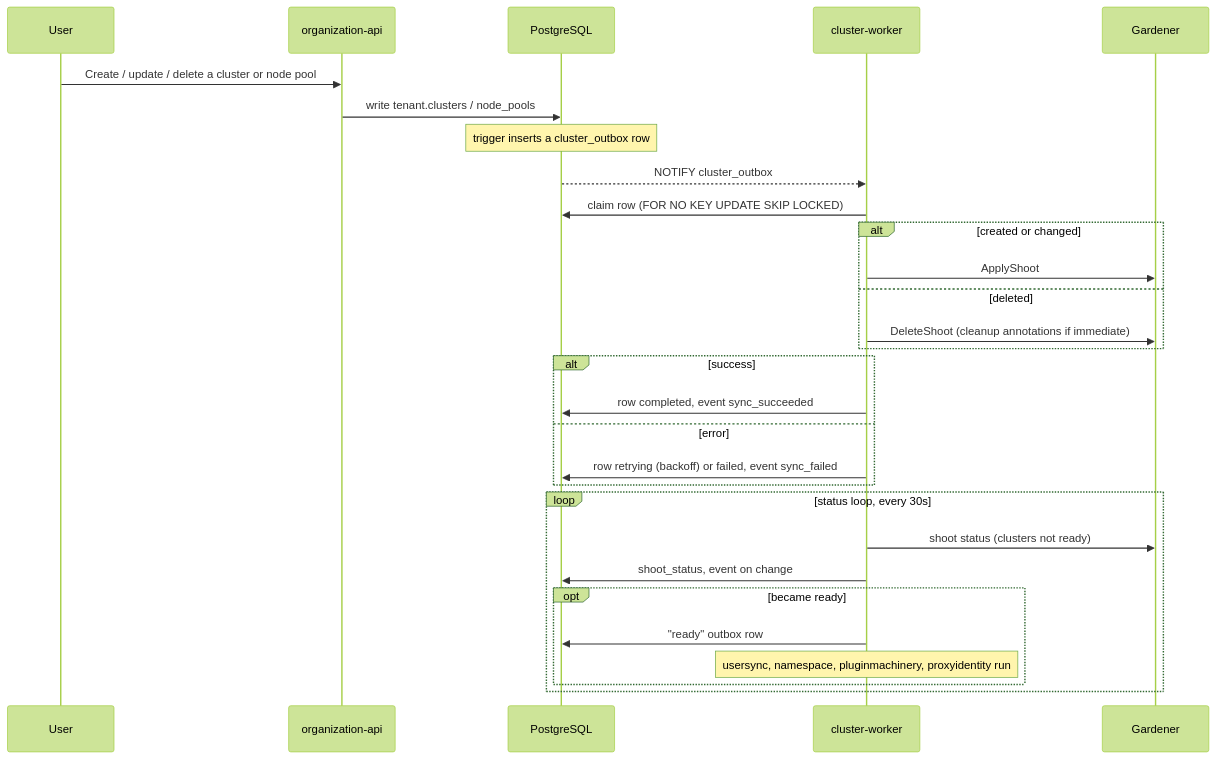
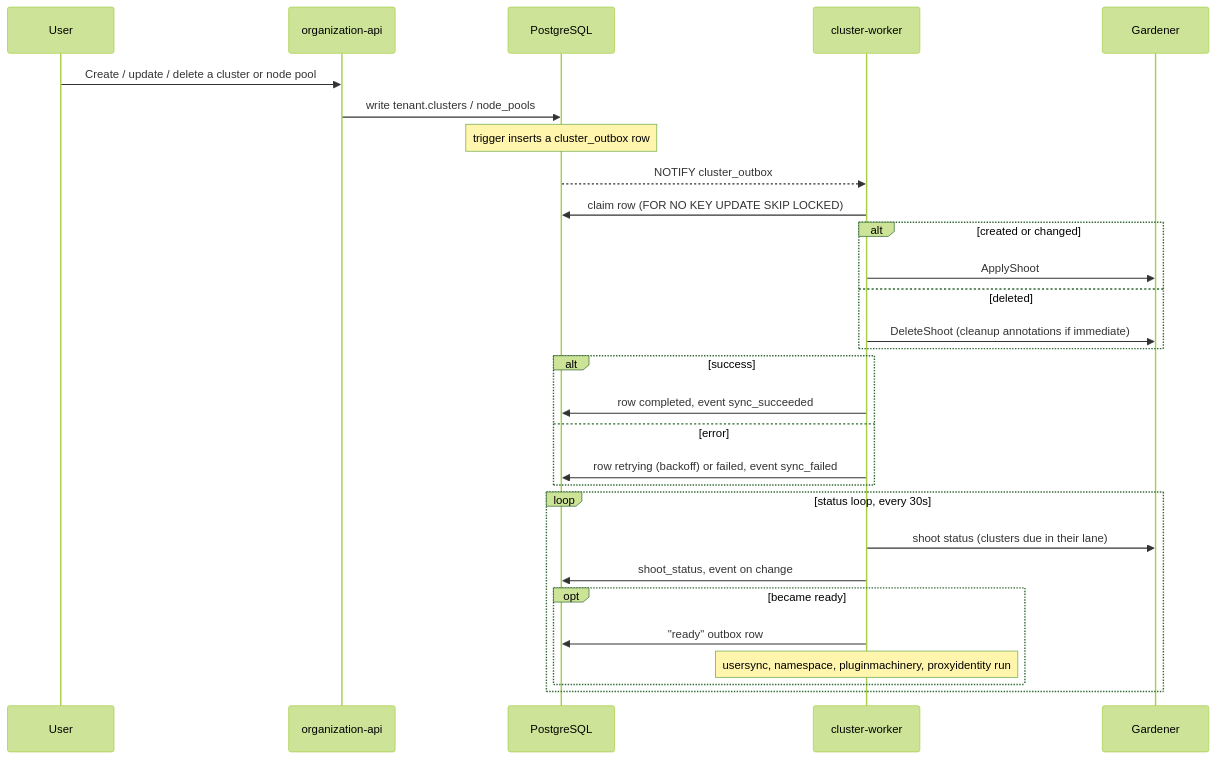
Before and after one commit to fundament-oss/fundament: the first of 2 diagrams in cluster-worker/README.md, drawn with Mermaid (forest theme). The commit also changed other lines of this file and 4 other files, not shown here.

````diff
--- a/cluster-worker/README.md
+++ b/cluster-worker/README.md
@@ -24,34 +24,34 @@
 ```mermaid
 sequenceDiagram
     participant User
     participant API as organization-api
     participant DB as PostgreSQL
     participant Worker as cluster-worker
     participant Gardener
 
     User->>API: Create / update / delete a cluster or node pool
     API->>DB: write tenant.clusters / node_pools
     Note over DB: trigger inserts a cluster_outbox row
     DB-->>Worker: NOTIFY cluster_outbox
 
     Worker->>DB: claim row (FOR NO KEY UPDATE SKIP LOCKED)
     alt created or changed
         Worker->>Gardener: ApplyShoot
     else deleted
         Worker->>Gardener: DeleteShoot (cleanup annotations if immediate)
     end
     alt success
         Worker->>DB: row completed, event sync_succeeded
     else error
         Worker->>DB: row retrying (backoff) or failed, event sync_failed
     end
 
     loop status loop, every 30s
-        Worker->>Gardener: shoot status (clusters not ready)
+        Worker->>Gardener: shoot status (clusters due in their lane)
         Worker->>DB: shoot_status, event on change
         opt became ready
             Worker->>DB: "ready" outbox row
             Note over Worker: usersync, namespace, pluginmachinery, proxyidentity run
         end
     end
 ```
````
